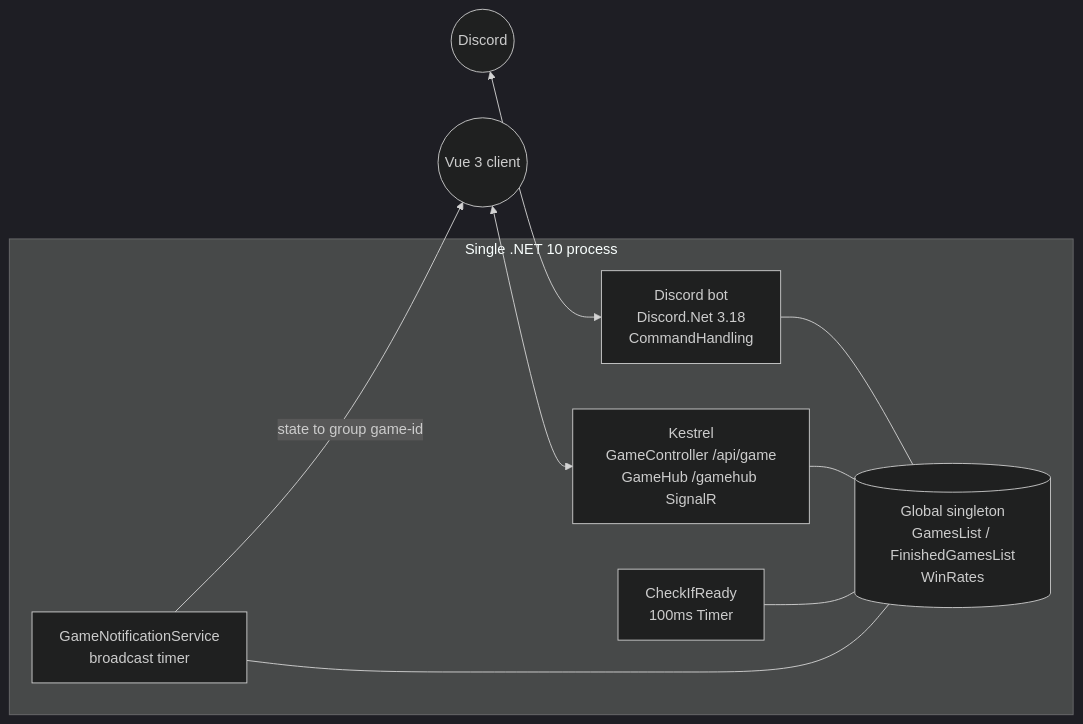
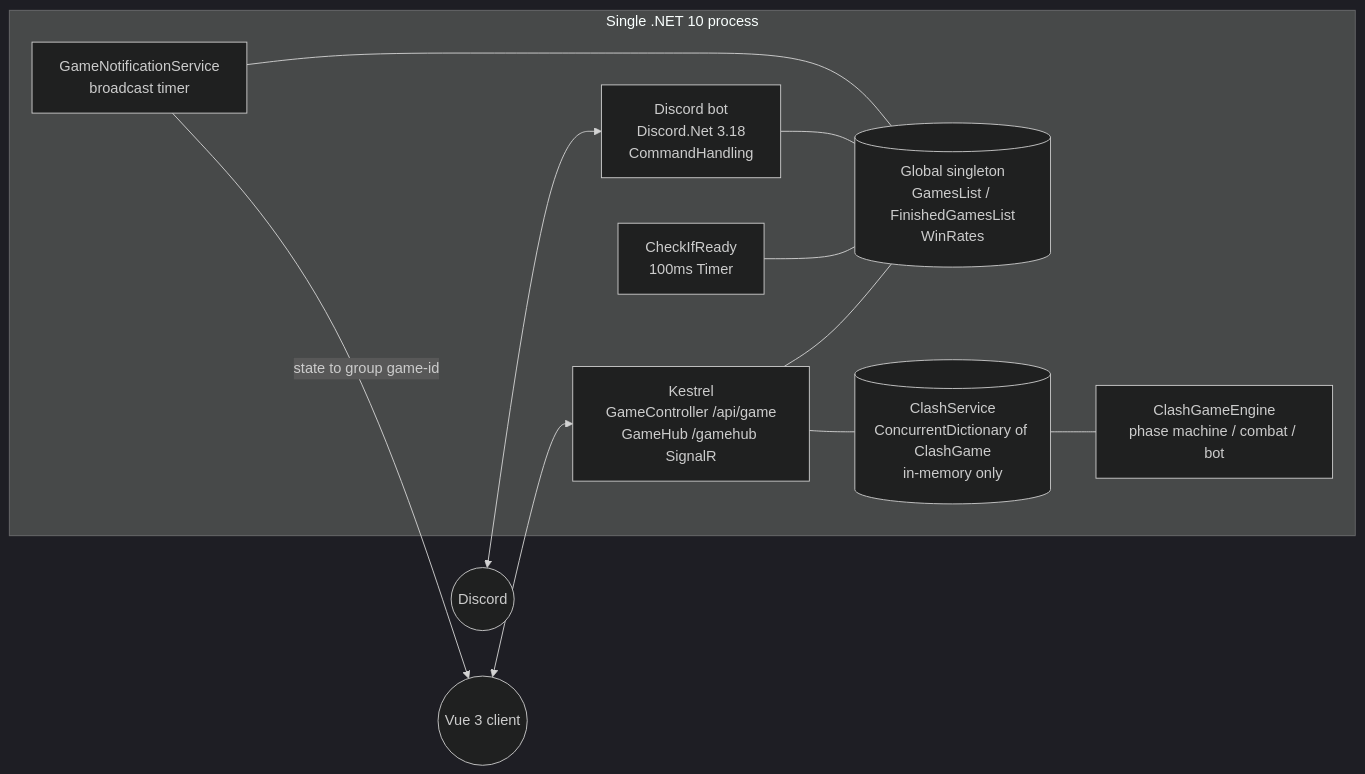
One commit to akulihin/King-of-the-Garbage-Hill changed the first of 2 diagrams in docs/ARCHITECTURE.md. Above: the diagram before and after it, drawn with Mermaid (dark theme). The commit also changed other lines of this file and 118 other files, not shown here.

````diff
--- a/docs/ARCHITECTURE.md
+++ b/docs/ARCHITECTURE.md
@@ -9,12 +9,14 @@
 ```mermaid
 flowchart LR
     subgraph proc[Single .NET 10 process]
         DB[Discord bot<br/>Discord.Net 3.18<br/>CommandHandling] --- GLOB[(Global singleton<br/>GamesList / FinishedGamesList<br/>WinRates)]
         WEB[Kestrel<br/>GameController /api/game<br/>GameHub /gamehub SignalR] --- GLOB
         TIMER[CheckIfReady<br/>100ms Timer] --- GLOB
         NOTIF[GameNotificationService<br/>broadcast timer] --- GLOB
+        WEB --- CLASH[("ClashService<br/>ConcurrentDictionary of ClashGame<br/>in-memory only")]
+        CLASH --- CENGINE["ClashGameEngine<br/>phase machine / combat / bot"]
     end
     DISCORD((Discord)) <--> DB
     BROWSER((Vue 3 client)) <--> WEB
     NOTIF -->|state to group game-id| BROWSER
 ```
````
